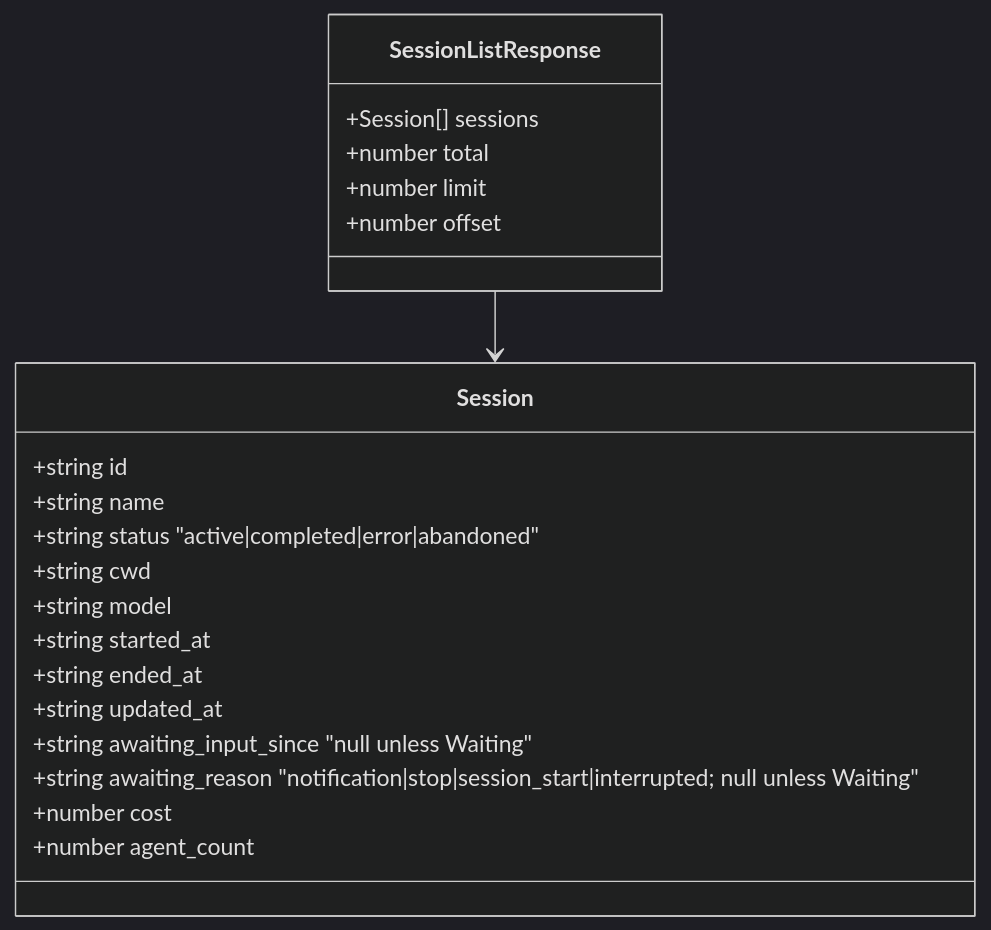
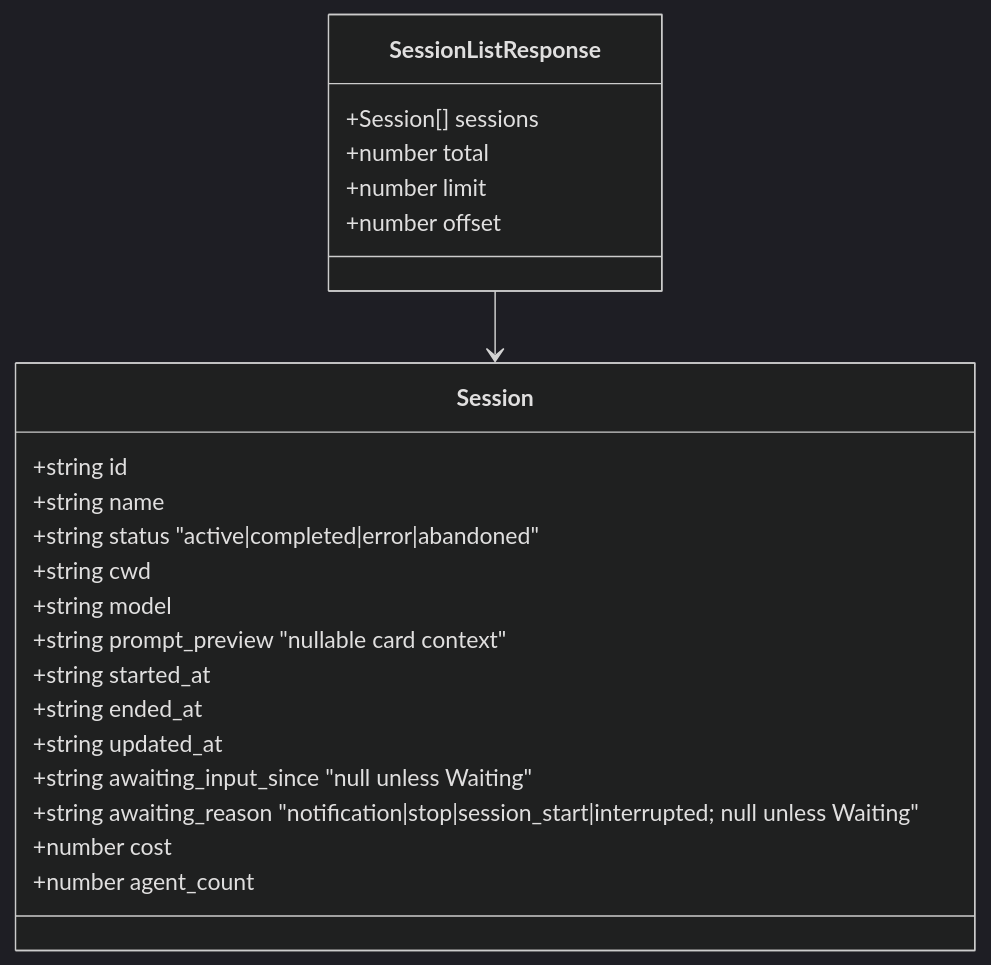
The third of 8 diagrams in docs/API.md (CorentinPa/Claude-Code-Agent-Monitor), drawn with Mermaid (dark theme) before and after one commit. The commit also changed other lines of this file and 24 other files, not shown here.

Commit message:
feat(codex): enrich cards with prompt context

````diff
--- a/docs/API.md
+++ b/docs/API.md
@@ -164,26 +167,27 @@
 ```mermaid
 classDiagram
     class SessionListResponse {
         +Session[] sessions
         +number total
         +number limit
         +number offset
     }
     
     class Session {
         +string id
         +string name
         +string status "active|completed|error|abandoned"
         +string cwd
         +string model
+        +string prompt_preview "nullable card context"
         +string started_at
         +string ended_at
         +string updated_at
         +string awaiting_input_since "null unless Waiting"
         +string awaiting_reason "notification|stop|session_start|interrupted; null unless Waiting"
         +number cost
         +number agent_count
     }
     
     SessionListResponse --> Session
 ```
````
